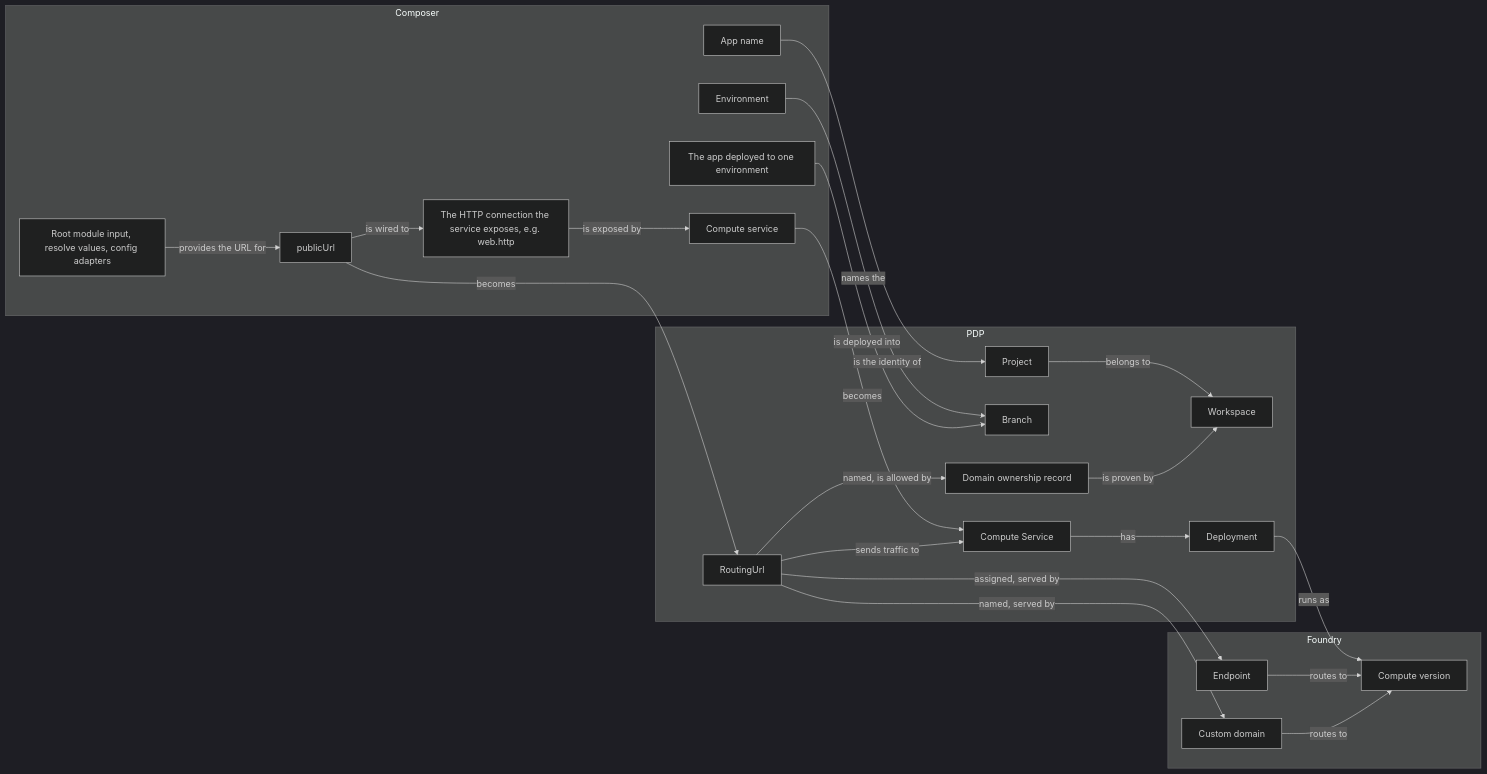
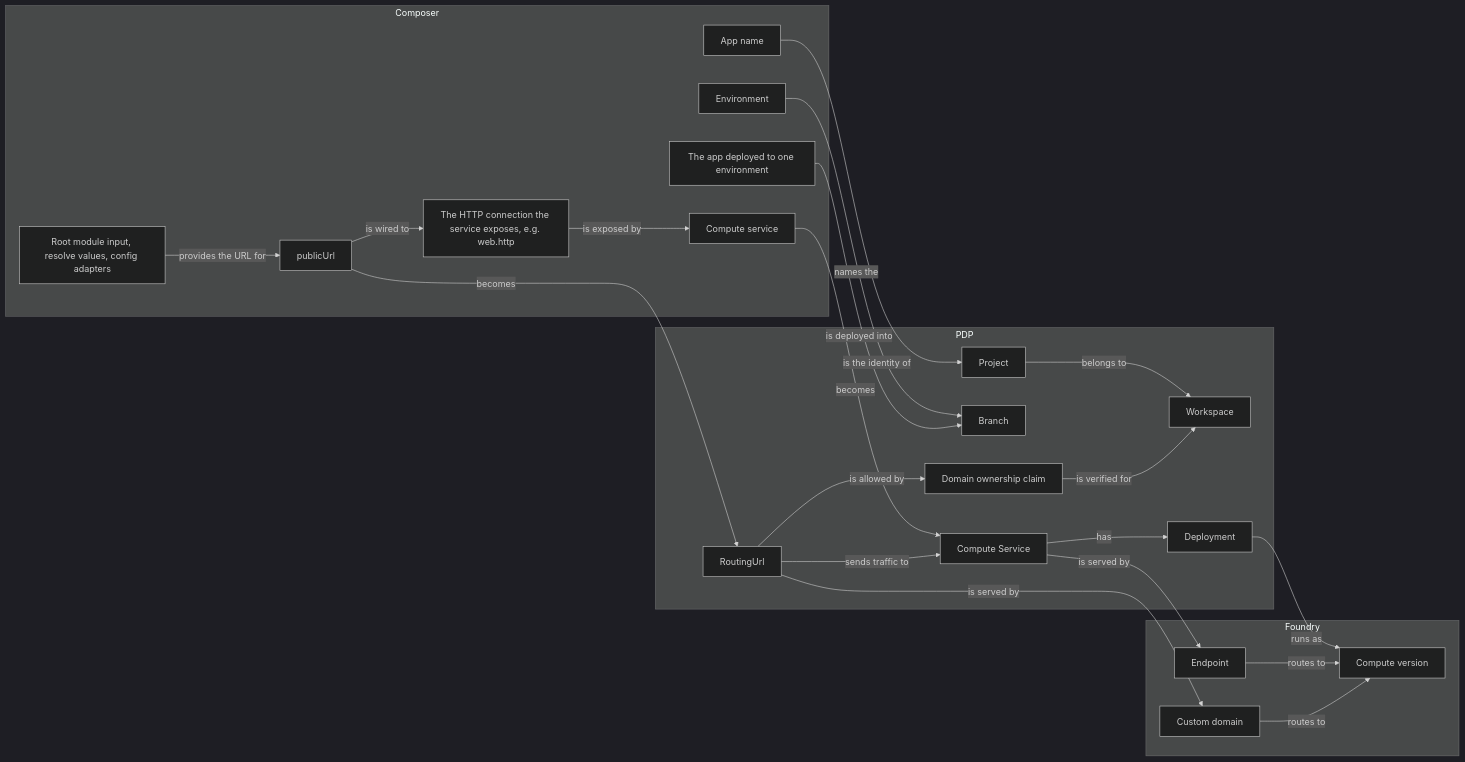
One commit to prisma/composer changed the diagram in docs/design/05-prisma-cloud/public-url-domain-map.md. Above: the diagram before and after it, drawn with Mermaid (dark theme). The commit also changed other lines of this file and 9 other files, not shown here.

````diff
--- a/docs/design/05-prisma-cloud/public-url-domain-map.md
+++ b/docs/design/05-prisma-cloud/public-url-domain-map.md
@@ -5,44 +5,44 @@
 ```mermaid
 flowchart LR
   subgraph Composer
     AppName[App name]
     Env[Environment]
     Root[The app deployed to one environment]
     Svc[Compute service]
     Out[The HTTP connection the service exposes, e.g. web.http]
     PU[publicUrl]
     In[Root module input, resolve values, config adapters]
   end
   subgraph PDP
     WS[Workspace]
     Proj[Project]
     Br[Branch]
     PApp[Compute Service]
     Dep[Deployment]
     PPU[RoutingUrl]
-    Dom[Domain ownership record]
+    Dom[Domain ownership claim]
   end
   subgraph Foundry
     CV[Compute version]
     EP[Endpoint]
     CD[Custom domain]
   end
   Proj -- belongs to --> WS
-  Dom -- is proven by --> WS
+  Dom -- is verified for --> WS
   AppName -- is the identity of --> Proj
   Env -- names the --> Br
   Root -- is deployed into --> Br
   Svc -- becomes --> PApp
   PU -- becomes --> PPU
   PU -- is wired to --> Out
   Out -- is exposed by --> Svc
   In -- provides the URL for --> PU
   PApp -- has --> Dep
   Dep -- runs as --> CV
   PPU -- sends traffic to --> PApp
-  PPU -- named, is allowed by --> Dom
-  PPU -- assigned, served by --> EP
-  PPU -- named, served by --> CD
+  PPU -- is allowed by --> Dom
+  PPU -- is served by --> CD
+  PApp -- is served by --> EP
   EP -- routes to --> CV
   CD -- routes to --> CV
 ```
````
